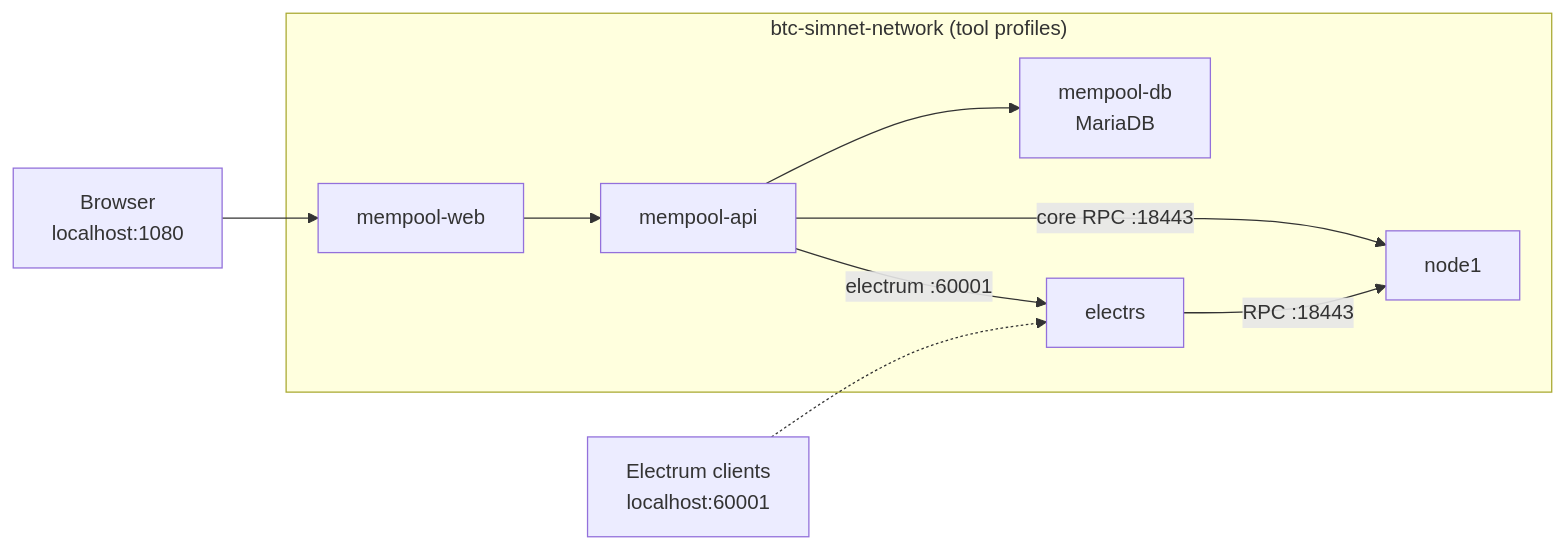
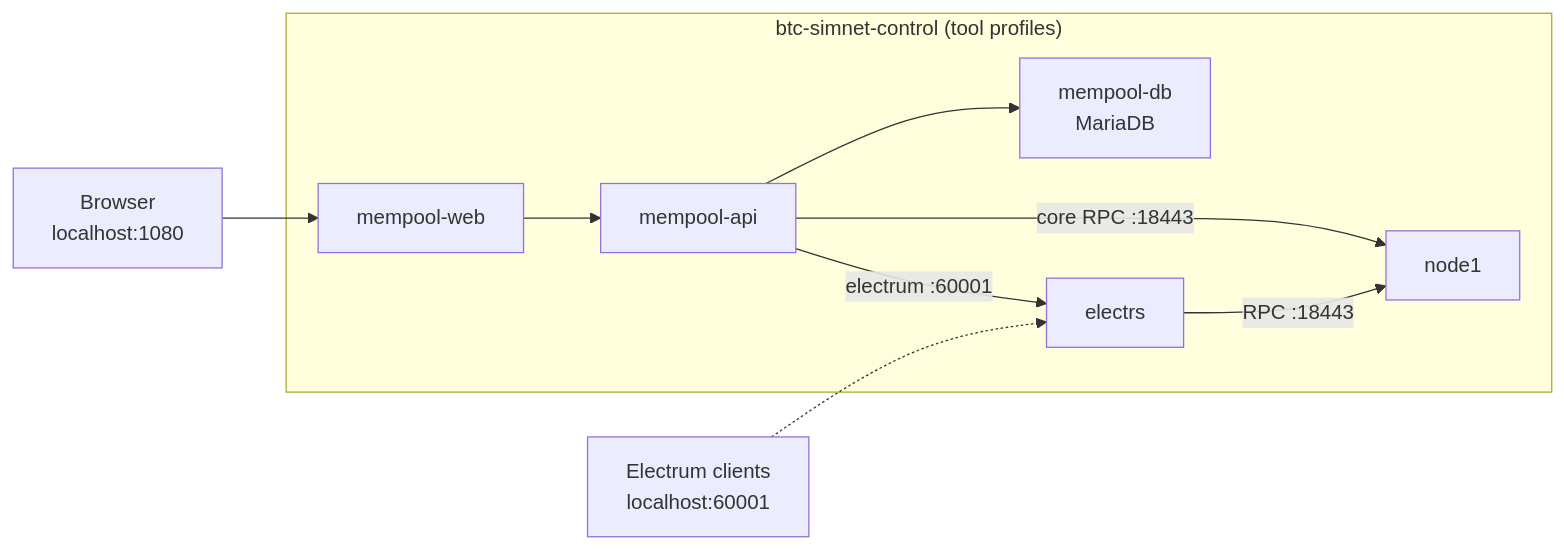
Before and after one commit to danielemiliogarcia/simchain: the second of 2 diagrams in README.md, drawn with Mermaid. The commit also changed other lines of this file and 11 other files, not shown here.

````diff
--- a/README.md
+++ b/README.md
@@ -79,20 +81,20 @@
 ```mermaid
 flowchart LR
     browser["Browser<br/>localhost:1080"]
     electrum["Electrum clients<br/>localhost:60001"]
 
-    subgraph net["btc-simnet-network (tool profiles)"]
+    subgraph net["btc-simnet-control (tool profiles)"]
         mweb["mempool-web"]
         mapi["mempool-api"]
         mdb["mempool-db<br/>MariaDB"]
         el["electrs"]
         n1["node1"]
     end
 
     browser --> mweb --> mapi
     electrum -.-> el
     mapi -->|"electrum :60001"| el
     mapi -->|"core RPC :18443"| n1
     mapi --> mdb
     el -->|"RPC :18443"| n1
 ```
````
